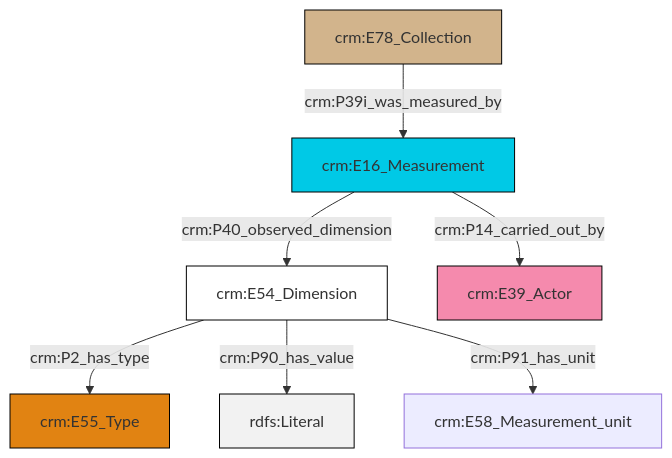
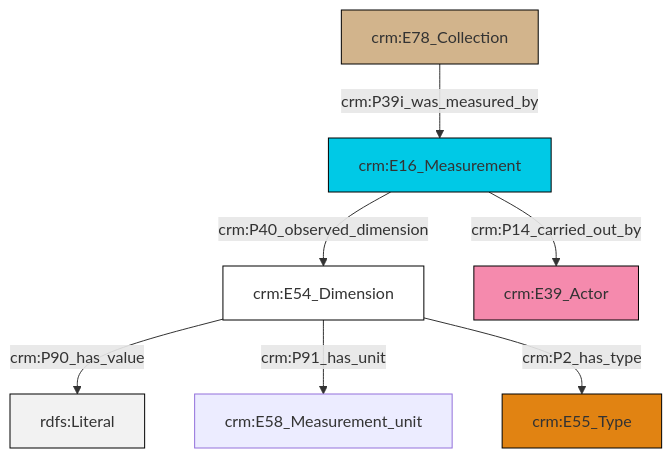
Before and after one commit to swiss-art-research-net/docs.swissartresearch: the diagram in et/archivalCSV/ttl/mmd/archival_substance.ttl.mmd, drawn with Mermaid. The commit also changed 178 other files, not shown here.

```diff
--- a/et/archivalCSV/ttl/mmd/archival_substance.ttl.mmd
+++ b/et/archivalCSV/ttl/mmd/archival_substance.ttl.mmd
@@ -1,21 +1,21 @@
 graph TD
 classDef Literal fill:#f2f2f2,stroke:#000000;
 classDef CRM_Entity fill:#FFFFFF,stroke:#000000;
 classDef Temporal_Entity fill:#00C9E6, stroke:#000000;
 classDef Type fill:#E18312, stroke:#000000;
 classDef Time-Span fill:#2C9C91, stroke:#000000;
 classDef Appellation fill:#FFEB7F, stroke:#000000;
 classDef Place fill:#008836, stroke:#000000;
 classDef Persistent_Item fill:#B266B2, stroke:#000000;
 classDef Conceptual_Object fill:#FFD700, stroke:#000000;
 classDef Physical_Thing fill:#D2B48C, stroke:#000000;
 classDef Actor fill:#f58aad, stroke:#000000;
 classDef PC_Classes fill:#4ce600, stroke:#000000;
 classDef Multi fill:#cccccc,stroke:#000000;
 
-0["crm:E54_Dimension"]:::CRM_Entity -->|crm:P2_has_type| 1["crm:E55_Type"]:::Type
-2["crm:E16_Measurement"]:::Temporal_Entity -->|crm:P14_carried_out_by| 5["crm:E39_Actor"]:::Actor
-0["crm:E54_Dimension"]:::CRM_Entity -->|crm:P90_has_value| 7[rdfs:Literal]:::Literal
-10["crm:E78_Collection"]:::Physical_Thing -->|crm:P39i_was_measured_by| 2["crm:E16_Measurement"]:::Temporal_Entity
-0["crm:E54_Dimension"]:::CRM_Entity -->|crm:P91_has_unit| 8["crm:E58_Measurement_unit"]:::Default
+0["crm:E54_Dimension"]:::CRM_Entity -->|crm:P90_has_value| 1[rdfs:Literal]:::Literal
 2["crm:E16_Measurement"]:::Temporal_Entity -->|crm:P40_observed_dimension| 0["crm:E54_Dimension"]:::CRM_Entity
+0["crm:E54_Dimension"]:::CRM_Entity -->|crm:P91_has_unit| 6["crm:E58_Measurement_unit"]:::Default
+0["crm:E54_Dimension"]:::CRM_Entity -->|crm:P2_has_type| 9["crm:E55_Type"]:::Type
+4["crm:E78_Collection"]:::Physical_Thing -->|crm:P39i_was_measured_by| 2["crm:E16_Measurement"]:::Temporal_Entity
+2["crm:E16_Measurement"]:::Temporal_Entity -->|crm:P14_carried_out_by| 7["crm:E39_Actor"]:::Actor
```
